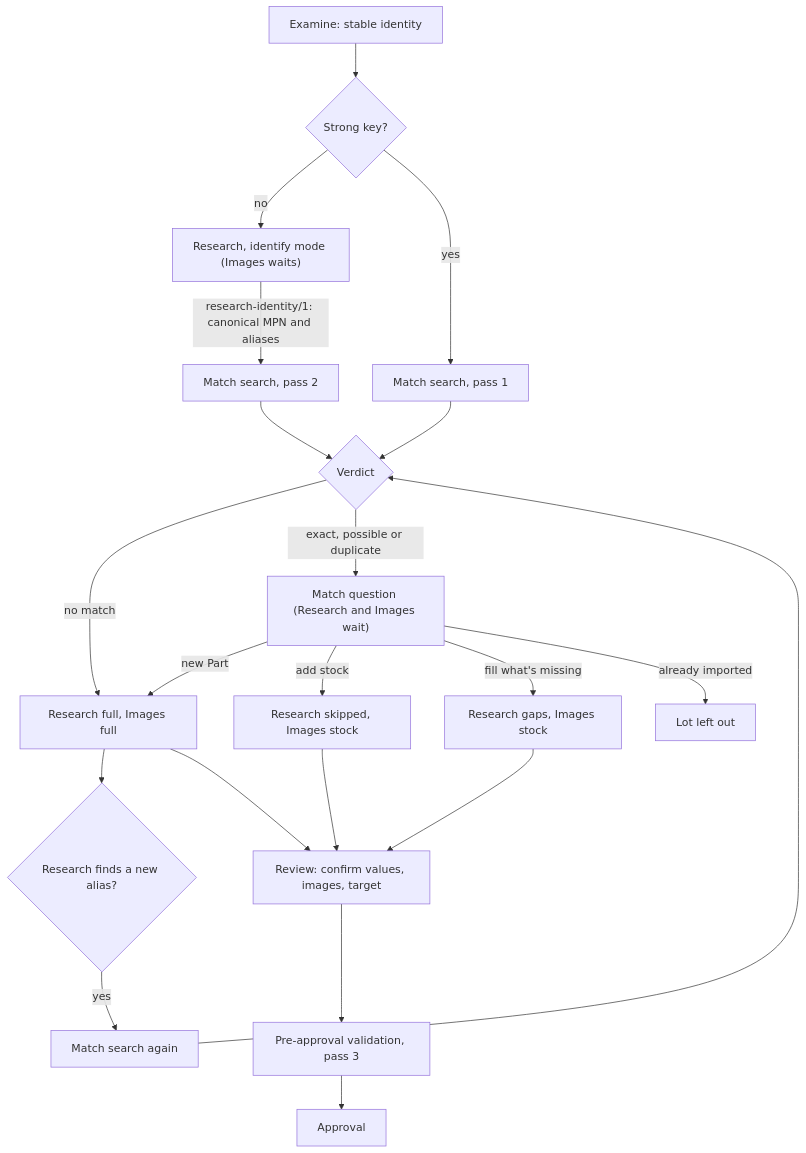
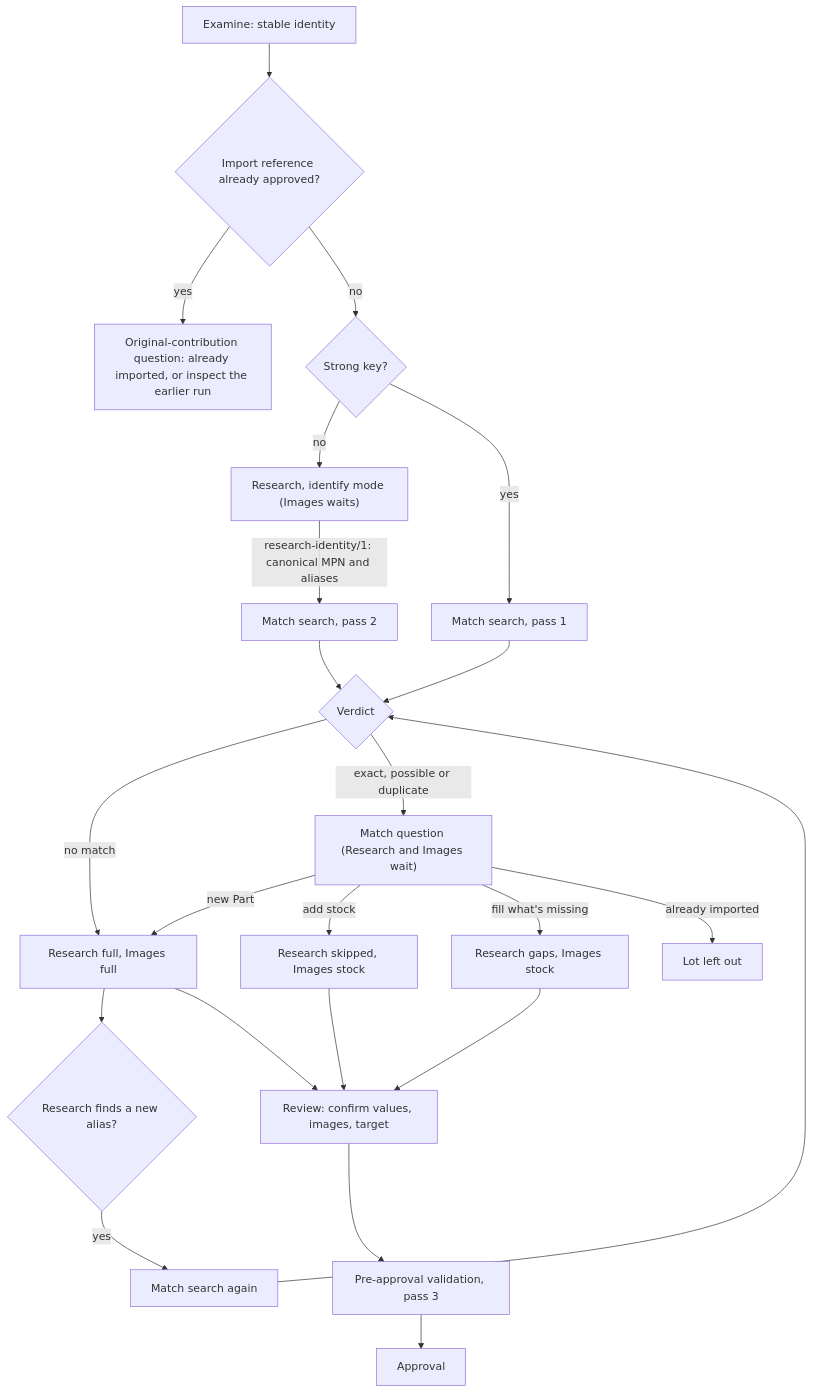
The third of 4 diagrams in docs/agent-sessions.md (MitchReyno/InvenTree-Importer), drawn with Mermaid before and after one commit. The commit also changed other lines of this file and 7 other files, not shown here.

First line of the commit message:
docs(agent-stage-inputs-outputs): treat import reference hits as original-contribution hits, align the /3 effects scenarios, scope list ordering and retry the refused propose_lot

````diff
--- a/docs/agent-sessions.md
+++ b/docs/agent-sessions.md
@@ -385,23 +385,25 @@
 ```mermaid
 flowchart TD
-  ID["Examine: stable identity"] --> K{"Strong key?"}
+  ID["Examine: stable identity"] --> IR{"Import reference already approved?"}
+  IR -->|"yes"| HIT["Original-contribution question: already imported, or inspect the earlier run"]
+  IR -->|"no"| K{"Strong key?"}
   K -->|"no"| RI["Research, identify mode (Images waits)"]
   RI -->|"research-identity/1: canonical MPN and aliases"| S2["Match search, pass 2"]
   K -->|"yes"| S1["Match search, pass 1"]
   S1 --> V{"Verdict"}
   S2 --> V
   V -->|"no match"| NEW["Research full, Images full"]
   V -->|"exact, possible or duplicate"| Q["Match question (Research and Images wait)"]
   Q -->|"new Part"| NEW
   Q -->|"add stock"| STOCK["Research skipped, Images stock"]
   Q -->|"fill what's missing"| GAPS["Research gaps, Images stock"]
   Q -->|"already imported"| EXC["Lot left out"]
   NEW --> LATE{"Research finds a new alias?"}
   LATE -->|"yes"| S3["Match search again"]
   S3 --> V
   NEW --> REV["Review: confirm values, images, target"]
   STOCK --> REV
   GAPS --> REV
   REV --> VAL["Pre-approval validation, pass 3"]
   VAL --> APP["Approval"]
 ```
````
